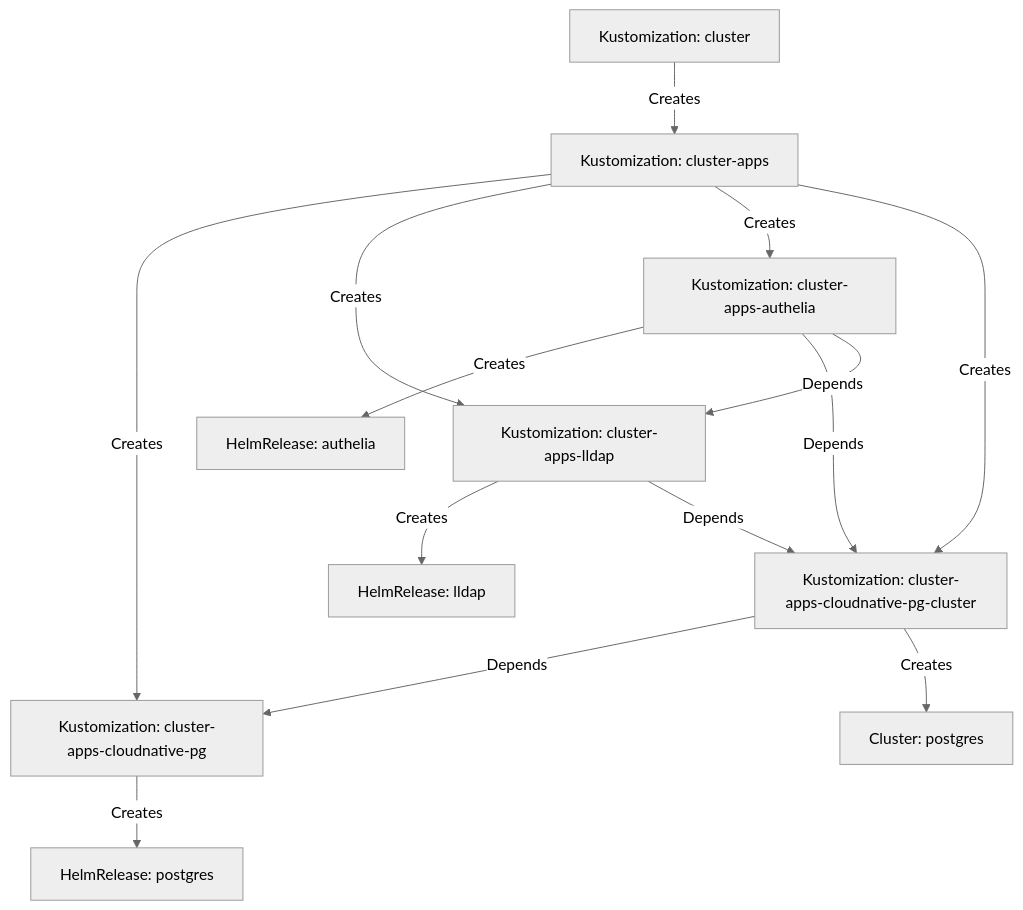
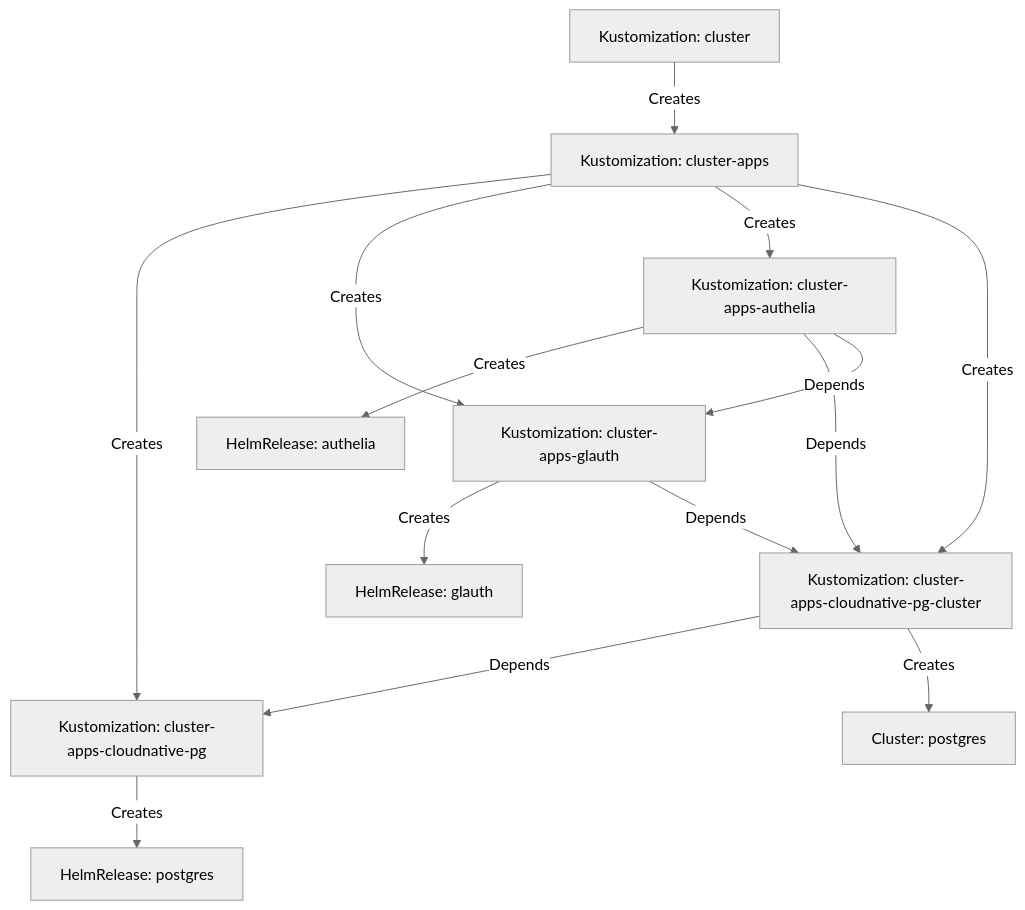
One commit to buroa/k8s-gitops changed the diagram in README.md. Above: the diagram before and after it, drawn with Mermaid (neutral theme). The commit also changed other lines of this file and 14 other files, not shown here.

Commit message:
feat(glauth): replace lldap

````diff
--- a/README.md
+++ b/README.md
@@ -93,27 +93,27 @@
 ```mermaid
 graph TD;
   id1[Kustomization: cluster];
   id2[Kustomization: cluster-apps];
   id3[Kustomization: cluster-apps-cloudnative-pg];
   id4[HelmRelease: postgres];
   id5[Kustomization: cluster-apps-cloudnative-pg-cluster];
-  id6[Kustomization: cluster-apps-lldap];
-  id7[HelmRelease: lldap];
+  id6[Kustomization: cluster-apps-glauth];
+  id7[HelmRelease: glauth];
   id8[Kustomization: cluster-apps-authelia];
   id9[HelmRelease: authelia];
   id10[Cluster: postgres];
 
   id1 -->|Creates| id2;
   id2 -->|Creates| id3;
   id2 -->|Creates| id6;
   id2 -->|Creates| id8;
   id2 -->|Creates| id5;
   id3 -->|Creates| id4;
   id5 -->|Depends| id3;
   id5 -->|Creates| id10;
   id6 -->|Creates| id7;
   id6 -->|Depends| id5;
   id8 -->|Creates| id9;
   id8 -->|Depends| id5;
   id8 -->|Depends| id6;
 ```
````
